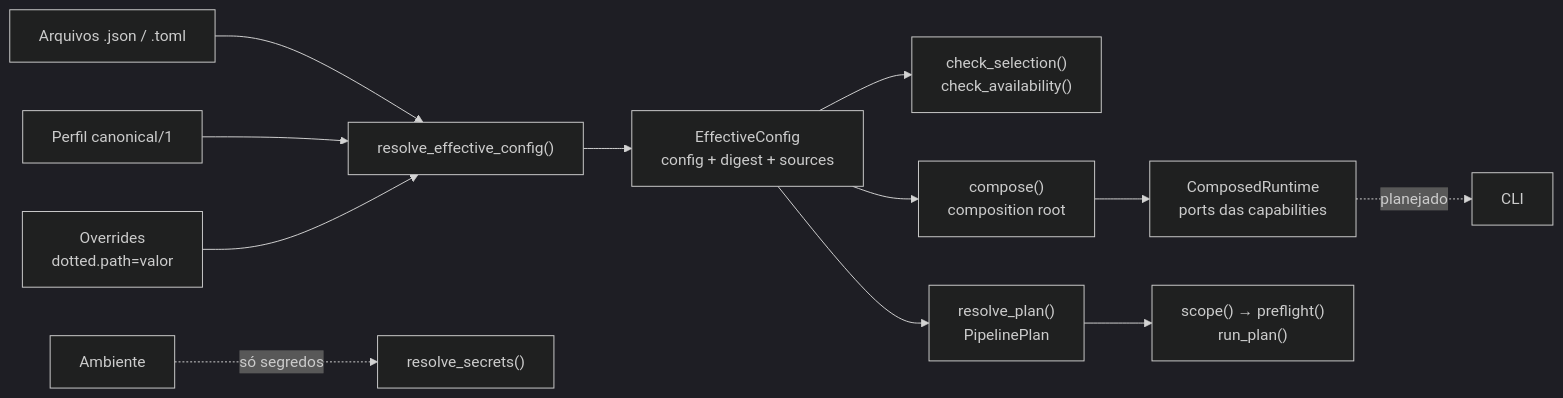
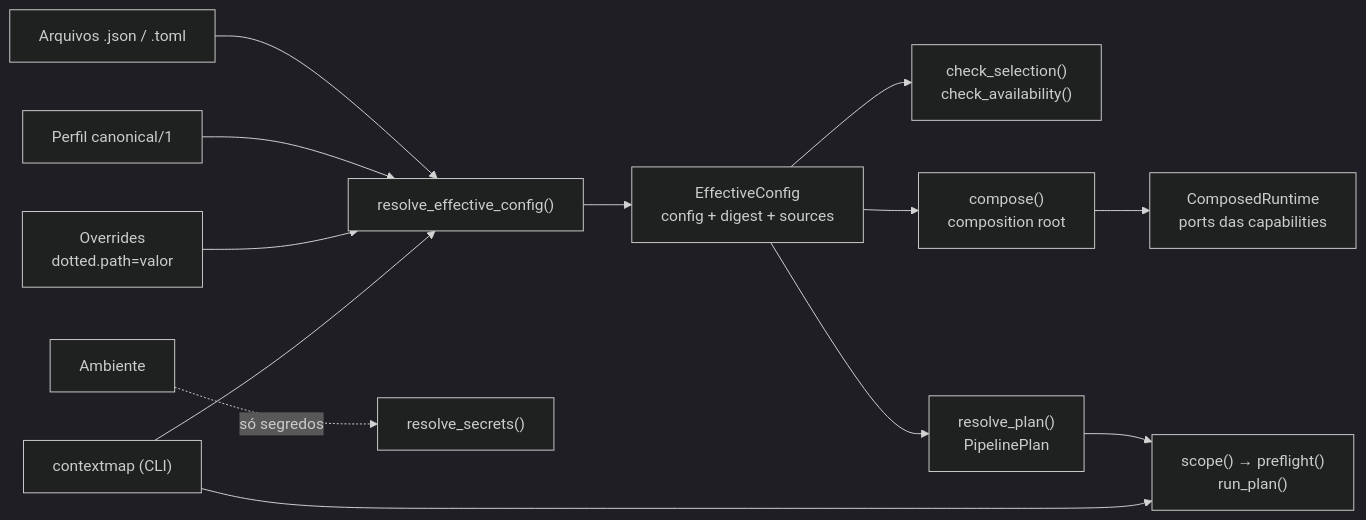
The diagram in src/contextmap/runtime/docs/README.md (Alexandre-Tortoza/contextmap2), drawn with Mermaid (dark theme) before and after one commit. The commit also changed other lines of this file and 9 other files, not shown here.

````diff
--- a/src/contextmap/runtime/docs/README.md
+++ b/src/contextmap/runtime/docs/README.md
@@ -7,14 +7,15 @@
 ```mermaid
 flowchart LR
     FILES["Arquivos .json / .toml"] --> RES["resolve_effective_config()"]
     PROFILE["Perfil canonical/1"] --> RES
     OVR["Overrides<br/>dotted.path=valor"] --> RES
     RES --> EFF["EffectiveConfig<br/>config + digest + sources"]
     EFF --> CHK["check_selection()<br/>check_availability()"]
     ENV["Ambiente"] -. só segredos .-> SEC["resolve_secrets()"]
     EFF --> COMP["compose()<br/>composition root"]
     COMP --> IMPL["ComposedRuntime<br/>ports das capabilities"]
     EFF --> PLAN["resolve_plan()<br/>PipelinePlan"]
     PLAN --> SCOPE["scope() → preflight()<br/>run_plan()"]
-    IMPL -. planejado .-> CLI["CLI"]
+    CLI["contextmap (CLI)"] --> RES
+    CLI --> SCOPE
 ```
````
